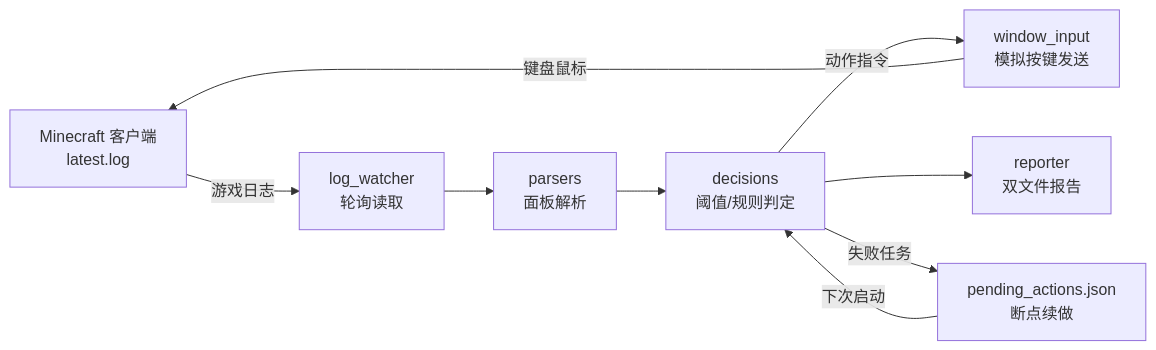
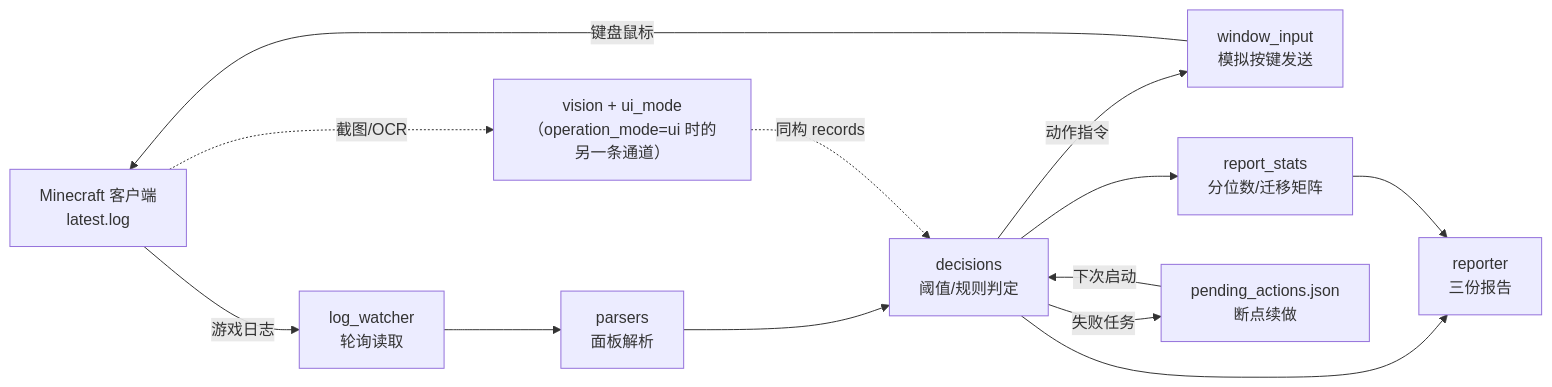
Before and after one commit to Minecraft269/bujidao-guild-auto: the seventh of 7 diagrams in docs/流程与架构图.md, drawn with Mermaid. The commit also changed other lines of this file and 6 other files, not shown here.

First line of the commit message:
docs: 全量同步（架构图/配置说明/使用说明/覆盖率报告/README 索引）

````diff
--- a/docs/流程与架构图.md
+++ b/docs/流程与架构图.md
@@ -518,16 +540,20 @@
 ```mermaid
 flowchart LR
     GAME["Minecraft 客户端<br/>latest.log"]
     WATCH["log_watcher<br/>轮询读取"]
+    UIVISION["vision + ui_mode<br/>（operation_mode=ui 时的另一条通道）"]
     PARSE["parsers<br/>面板解析"]
     DECIDE["decisions<br/>阈值/规则判定"]
     SEND["window_input<br/>模拟按键发送"]
-    REPORT["reporter<br/>双文件报告"]
+    REPORT["reporter<br/>三份报告"]
+    STATS["report_stats<br/>分位数/迁移矩阵"]
     PENDING["pending_actions.json<br/>断点续做"]
 
     GAME -->|游戏日志| WATCH --> PARSE --> DECIDE
+    GAME -.->|截图/OCR| UIVISION -.->|同构 records| DECIDE
     DECIDE -->|动作指令| SEND -->|键盘鼠标| GAME
     DECIDE --> REPORT
+    DECIDE --> STATS --> REPORT
     DECIDE -->|失败任务| PENDING
     PENDING -->|下次启动| DECIDE
 ```
````
